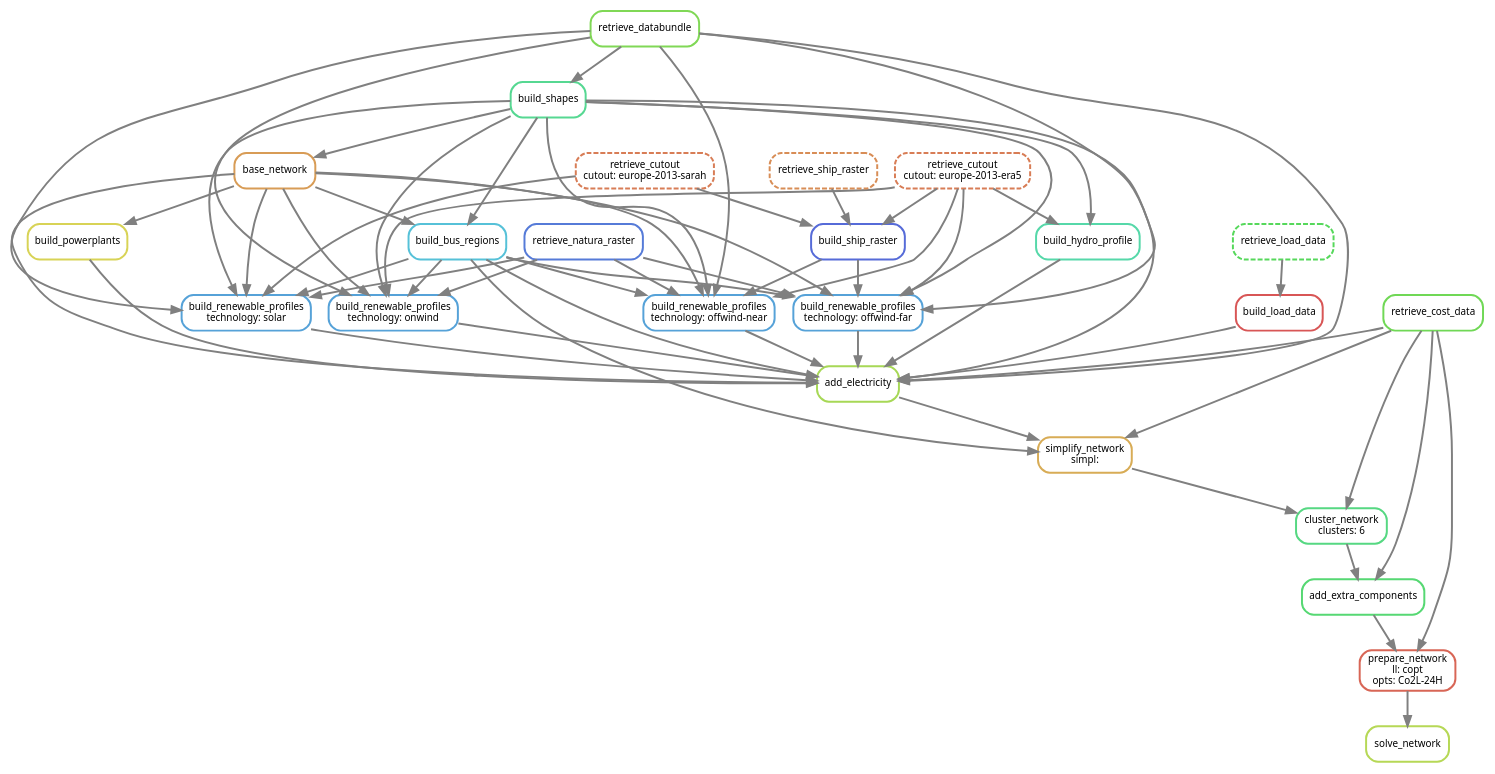
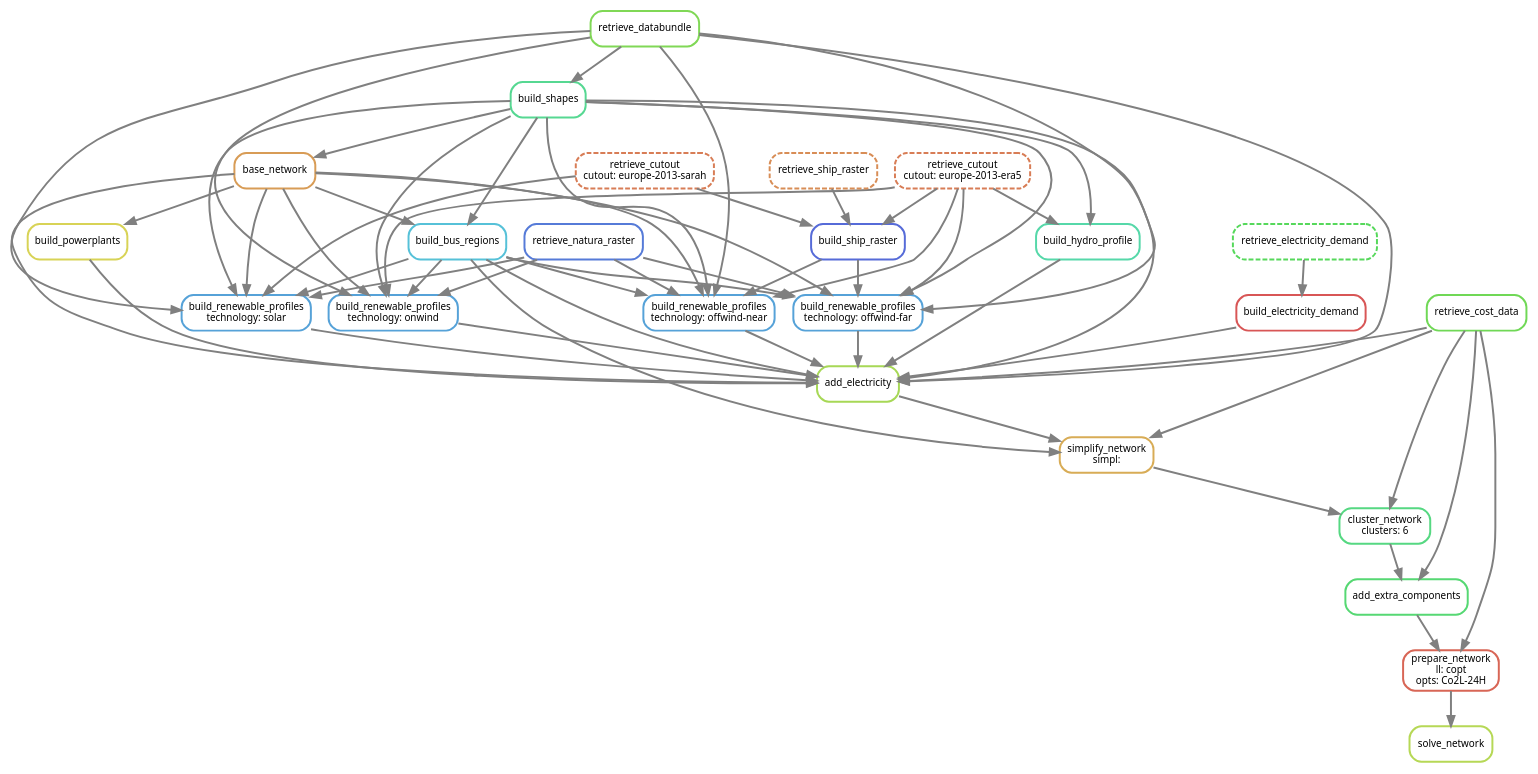
One commit to p-glaum/pypsa-eur changed the diagram in doc/tutorial.rst. Above: the diagram before and after it, drawn with Graphviz. The commit also changed other lines of this file and 89 other files, not shown here.

```diff
--- a/doc/tutorial.rst
+++ b/doc/tutorial.rst
@@ -155,8 +155,8 @@
         19[label = "build_hydro_profile", color = "0.44 0.6 0.85", style="rounded"];
         20[label = "retrieve_cost_data", color = "0.30 0.6 0.85", style="rounded"];
         21[label = "build_powerplants", color = "0.16 0.6 0.85", style="rounded"];
-        22[label = "build_load_data", color = "0.00 0.6 0.85", style="rounded"];
-        23[label = "retrieve_load_data", color = "0.34 0.6 0.85", style="rounded,dashed"];
+        22[label = "build_electricity_demand", color = "0.00 0.6 0.85", style="rounded"];
+        23[label = "retrieve_electricity_demand", color = "0.34 0.6 0.85", style="rounded,dashed"];
         1 -> 0
         2 -> 1
         20 -> 1
```
